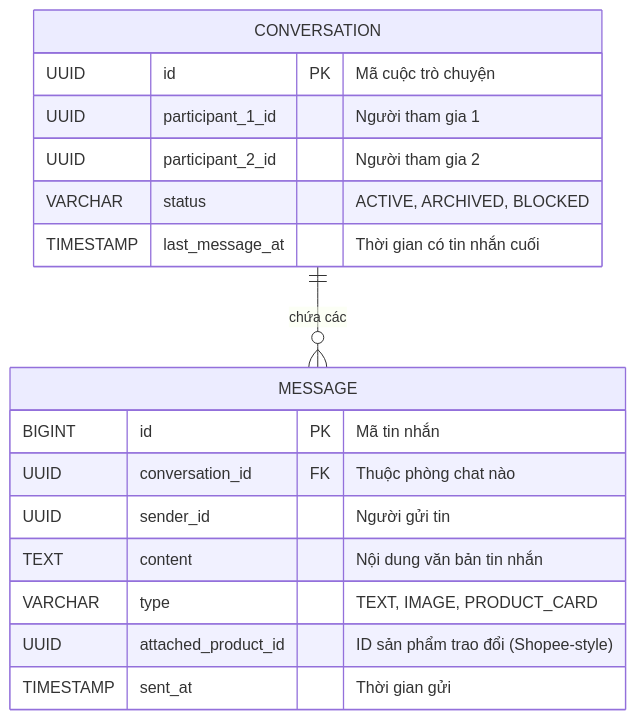
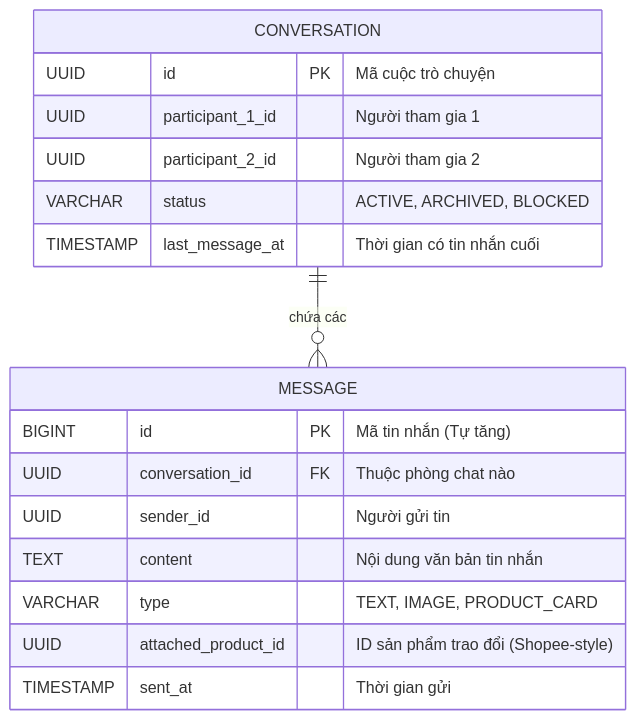
Before and after one commit to Qt159/Moldy-Market: the first of 4 diagrams in docs/architecture/chat-architecture.md, drawn with Mermaid. The commit also changed other lines of this file and 54 other files, not shown here.

````diff
--- a/docs/architecture/chat-architecture.md
+++ b/docs/architecture/chat-architecture.md
@@ -72,22 +71,22 @@
 ```mermaid
 erDiagram
     CONVERSATION ||--o{ MESSAGE : "chứa các"
 
     CONVERSATION {
         UUID id PK "Mã cuộc trò chuyện"
         UUID participant_1_id "Người tham gia 1"
         UUID participant_2_id "Người tham gia 2"
         VARCHAR status "ACTIVE, ARCHIVED, BLOCKED"
         TIMESTAMP last_message_at "Thời gian có tin nhắn cuối"
     }
 
     MESSAGE {
-        BIGINT id PK "Mã tin nhắn"
+        BIGINT id PK "Mã tin nhắn (Tự tăng)"
         UUID conversation_id FK "Thuộc phòng chat nào"
         UUID sender_id "Người gửi tin"
         TEXT content "Nội dung văn bản tin nhắn"
         VARCHAR type "TEXT, IMAGE, PRODUCT_CARD"
         UUID attached_product_id "ID sản phẩm trao đổi (Shopee-style)"
         TIMESTAMP sent_at "Thời gian gửi"
     }
 ```
````
